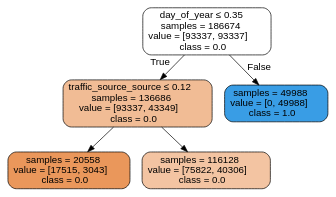
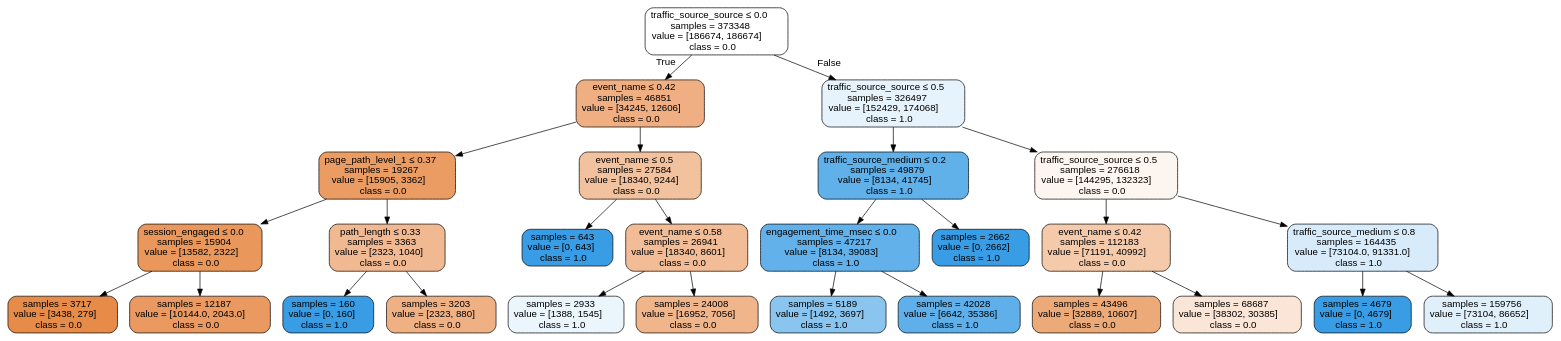
The diagram in notebooks/google_merch_store/images/df_merch_final_dt_f2_best_tree.dot (jvanalytics/ist_dash_2024_rec), drawn with Graphviz before and after one commit. The commit also changed 70 other files, not shown here.

```diff
--- a/notebooks/google_merch_store/images/df_merch_final_dt_f2_best_tree.dot
+++ b/notebooks/google_merch_store/images/df_merch_final_dt_f2_best_tree.dot
@@ -1,13 +1,57 @@
 digraph Tree {
 node [shape=box, style="filled, rounded", color="black", fontname="helvetica"] ;
 edge [fontname="helvetica"] ;
-0 [label=<day_of_year &le; 0.35<br/>samples = 186674<br/>value = [93337, 93337]<br/>class = 0.0>, fillcolor="#ffffff"] ;
-1 [label=<traffic_source_source &le; 0.12<br/>samples = 136686<br/>value = [93337, 43349]<br/>class = 0.0>, fillcolor="#f1bc95"] ;
+0 [label=<traffic_source_source &le; 0.0<br/>samples = 373348<br/>value = [186674, 186674]<br/>class = 0.0>, fillcolor="#ffffff"] ;
+1 [label=<event_name &le; 0.42<br/>samples = 46851<br/>value = [34245, 12606]<br/>class = 0.0>, fillcolor="#efaf82"] ;
 0 -> 1 [labeldistance=2.5, labelangle=45, headlabel="True"] ;
-2 [label=<samples = 20558<br/>value = [17515, 3043]<br/>class = 0.0>, fillcolor="#ea975b"] ;
+2 [label=<page_path_level_1 &le; 0.37<br/>samples = 19267<br/>value = [15905, 3362]<br/>class = 0.0>, fillcolor="#ea9c63"] ;
 1 -> 2 ;
-3 [label=<samples = 116128<br/>value = [75822, 40306]<br/>class = 0.0>, fillcolor="#f3c4a2"] ;
-1 -> 3 ;
-4 [label=<samples = 49988<br/>value = [0, 49988]<br/>class = 1.0>, fillcolor="#399de5"] ;
-0 -> 4 [labeldistance=2.5, labelangle=-45, headlabel="False"] ;
+3 [label=<session_engaged &le; 0.0<br/>samples = 15904<br/>value = [13582, 2322]<br/>class = 0.0>, fillcolor="#e9975b"] ;
+2 -> 3 ;
+4 [label=<samples = 3717<br/>value = [3438, 279]<br/>class = 0.0>, fillcolor="#e78b49"] ;
+3 -> 4 ;
+5 [label=<samples = 12187<br/>value = [10144.0, 2043.0]<br/>class = 0.0>, fillcolor="#ea9a61"] ;
+3 -> 5 ;
+6 [label=<path_length &le; 0.33<br/>samples = 3363<br/>value = [2323, 1040]<br/>class = 0.0>, fillcolor="#f1b992"] ;
+2 -> 6 ;
+7 [label=<samples = 160<br/>value = [0, 160]<br/>class = 1.0>, fillcolor="#399de5"] ;
+6 -> 7 ;
+8 [label=<samples = 3203<br/>value = [2323, 880]<br/>class = 0.0>, fillcolor="#efb184"] ;
+6 -> 8 ;
+9 [label=<event_name &le; 0.5<br/>samples = 27584<br/>value = [18340, 9244]<br/>class = 0.0>, fillcolor="#f2c19d"] ;
+1 -> 9 ;
+10 [label=<samples = 643<br/>value = [0, 643]<br/>class = 1.0>, fillcolor="#399de5"] ;
+9 -> 10 ;
+11 [label=<event_name &le; 0.58<br/>samples = 26941<br/>value = [18340, 8601]<br/>class = 0.0>, fillcolor="#f1bc96"] ;
+9 -> 11 ;
+12 [label=<samples = 2933<br/>value = [1388, 1545]<br/>class = 1.0>, fillcolor="#ebf5fc"] ;
+11 -> 12 ;
+13 [label=<samples = 24008<br/>value = [16952, 7056]<br/>class = 0.0>, fillcolor="#f0b58b"] ;
+11 -> 13 ;
+14 [label=<traffic_source_source &le; 0.5<br/>samples = 326497<br/>value = [152429, 174068]<br/>class = 1.0>, fillcolor="#e6f3fc"] ;
+0 -> 14 [labeldistance=2.5, labelangle=-45, headlabel="False"] ;
+15 [label=<traffic_source_medium &le; 0.2<br/>samples = 49879<br/>value = [8134, 41745]<br/>class = 1.0>, fillcolor="#60b0ea"] ;
+14 -> 15 ;
+16 [label=<engagement_time_msec &le; 0.0<br/>samples = 47217<br/>value = [8134, 39083]<br/>class = 1.0>, fillcolor="#62b1ea"] ;
+15 -> 16 ;
+17 [label=<samples = 5189<br/>value = [1492, 3697]<br/>class = 1.0>, fillcolor="#89c5ef"] ;
+16 -> 17 ;
+18 [label=<samples = 42028<br/>value = [6642, 35386]<br/>class = 1.0>, fillcolor="#5eafea"] ;
+16 -> 18 ;
+19 [label=<samples = 2662<br/>value = [0, 2662]<br/>class = 1.0>, fillcolor="#399de5"] ;
+15 -> 19 ;
+20 [label=<traffic_source_source &le; 0.5<br/>samples = 276618<br/>value = [144295, 132323]<br/>class = 0.0>, fillcolor="#fdf5ef"] ;
+14 -> 20 ;
+21 [label=<event_name &le; 0.42<br/>samples = 112183<br/>value = [71191, 40992]<br/>class = 0.0>, fillcolor="#f4caab"] ;
+20 -> 21 ;
+22 [label=<samples = 43496<br/>value = [32889, 10607]<br/>class = 0.0>, fillcolor="#edaa79"] ;
+21 -> 22 ;
+23 [label=<samples = 68687<br/>value = [38302, 30385]<br/>class = 0.0>, fillcolor="#fae5d6"] ;
+21 -> 23 ;
+24 [label=<traffic_source_medium &le; 0.8<br/>samples = 164435<br/>value = [73104.0, 91331.0]<br/>class = 1.0>, fillcolor="#d7ebfa"] ;
+20 -> 24 ;
+25 [label=<samples = 4679<br/>value = [0, 4679]<br/>class = 1.0>, fillcolor="#399de5"] ;
+24 -> 25 ;
+26 [label=<samples = 159756<br/>value = [73104, 86652]<br/>class = 1.0>, fillcolor="#e0f0fb"] ;
+24 -> 26 ;
 }
```
